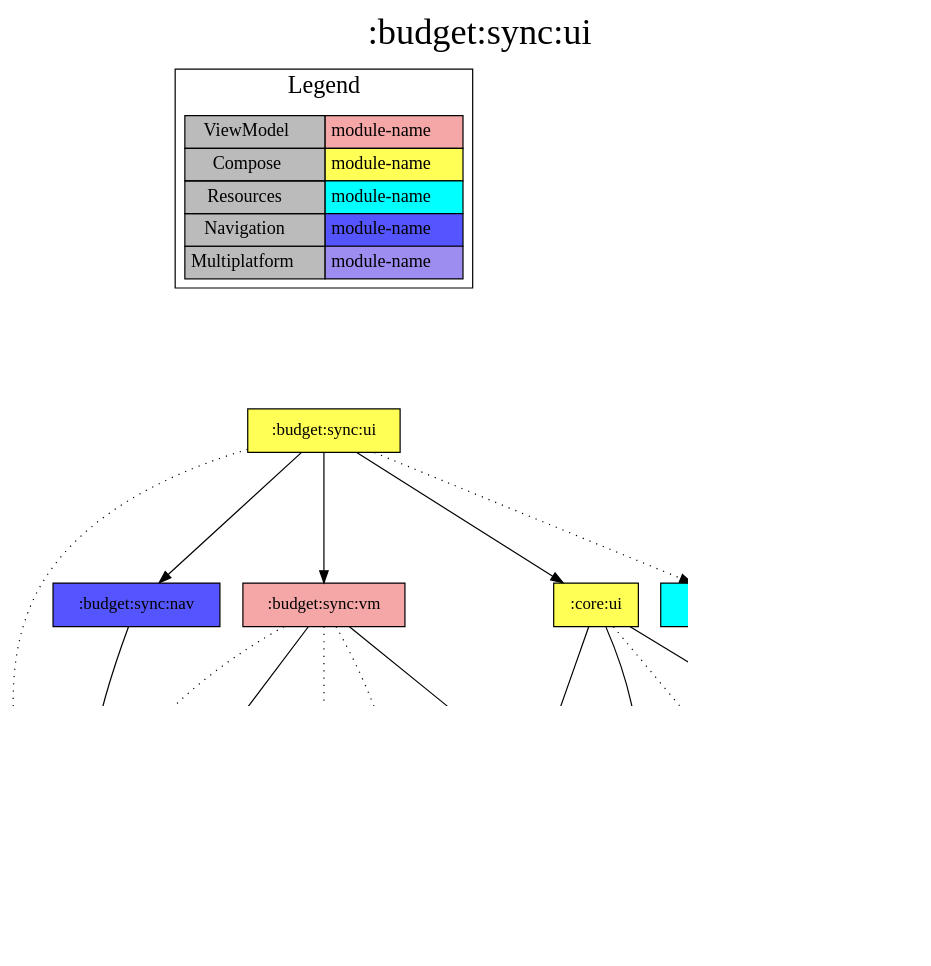
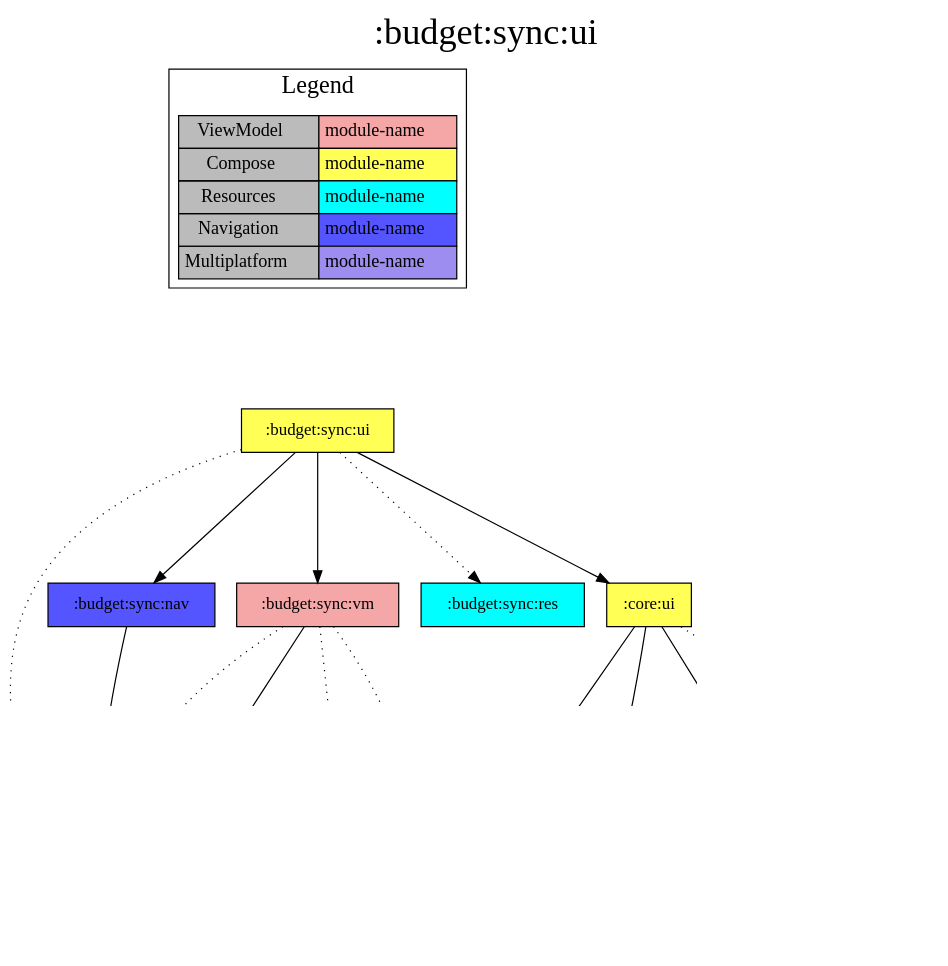
Before and after one commit to jonapoul/aktual: the diagram in modules/budget/sync/ui/project-dependency-graph.dot, drawn with Graphviz. The commit also changed 46 other files, not shown here.

```diff
--- a/modules/budget/sync/ui/project-dependency-graph.dot
+++ b/modules/budget/sync/ui/project-dependency-graph.dot
@@ -1,54 +1,53 @@
 digraph {
 edge ["dir"="forward"]
 graph ["dpi"="100","label"=":budget:sync:ui","labelloc"="t","fontsize"="30","ranksep"="1.5","rankdir"="TB"]
 node ["style"="filled"]
 ":account:model" ["fillcolor"="#9D8DF1","shape"="box"]
 ":api:actual" ["fillcolor"="#9D8DF1","shape"="box"]
 ":budget:model" ["fillcolor"="#9D8DF1","shape"="box"]
 ":budget:sync:nav" ["fillcolor"="#5555FF","shape"="box"]
 ":budget:sync:res" ["fillcolor"="#00FFFF","shape"="box"]
 ":budget:sync:ui" ["fillcolor"="#FFFF55","shape"="box"]
 ":budget:sync:vm" ["fillcolor"="#F5A6A6","shape"="box"]
 ":core:colorscheme" ["fillcolor"="#9D8DF1","shape"="box"]
 ":core:files" ["fillcolor"="#9D8DF1","shape"="box"]
 ":core:res" ["fillcolor"="#00FFFF","shape"="box"]
 ":core:ui" ["fillcolor"="#FFFF55","shape"="box"]
 ":core:versions" ["fillcolor"="#9D8DF1","shape"="box"]
 ":url:model" ["fillcolor"="#9D8DF1","shape"="box"]
 {
 edge ["dir"="none"]
 graph ["rank"="same"]
 }
 ":api:actual" -> ":account:model"
 ":api:actual" -> ":budget:model"
 ":api:actual" -> ":url:model"
 ":budget:sync:nav" -> ":account:model"
 ":budget:sync:ui" -> ":account:model" ["style"="dotted"]
 ":budget:sync:ui" -> ":budget:sync:nav"
 ":budget:sync:ui" -> ":budget:sync:res" ["style"="dotted"]
 ":budget:sync:ui" -> ":budget:sync:vm"
 ":budget:sync:ui" -> ":core:ui"
 ":budget:sync:vm" -> ":account:model" ["style"="dotted"]
 ":budget:sync:vm" -> ":api:actual" ["style"="dotted"]
 ":budget:sync:vm" -> ":budget:model" ["style"="dotted"]
-":budget:sync:vm" -> ":core:colorscheme"
 ":budget:sync:vm" -> ":core:files"
 ":core:files" -> ":budget:model"
 ":core:ui" -> ":core:colorscheme"
 ":core:ui" -> ":core:res" ["style"="dotted"]
 ":core:ui" -> ":core:versions"
 ":core:ui" -> ":url:model"
 subgraph "cluster_legend" {
 edge ["dir"="none"]
 graph ["label"="Legend","fontsize"="20"]
 "Legend" ["style"="filled","fillcolor"="#bbbbbb","shape"="none","margin"="0","fontsize"="15","label"=<
 <TABLE BORDER="0" CELLBORDER="1" CELLSPACING="0" CELLPADDING="4">
 <TR><TD>ViewModel</TD><TD BGCOLOR="#F5A6A6">module-name</TD></TR>
 <TR><TD>Compose</TD><TD BGCOLOR="#FFFF55">module-name</TD></TR>
 <TR><TD>Resources</TD><TD BGCOLOR="#00FFFF">module-name</TD></TR>
 <TR><TD>Navigation</TD><TD BGCOLOR="#5555FF">module-name</TD></TR>
 <TR><TD>Multiplatform</TD><TD BGCOLOR="#9D8DF1">module-name</TD></TR>
 </TABLE>
 >]
 } -> ":budget:sync:ui" ["style"="invis"]
 }
```
